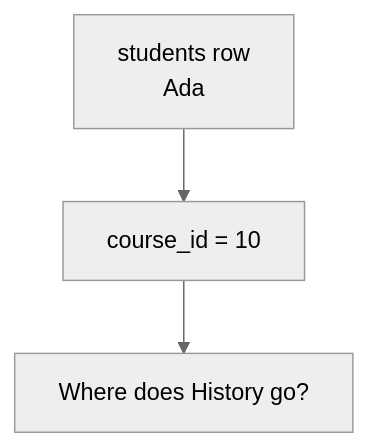
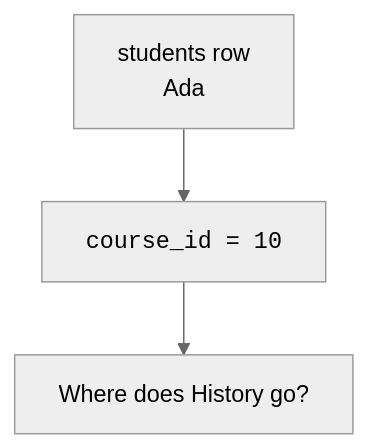
One commit to dataslope/dataslope changed the third of 7 diagrams in content/learn/database-design-postgresql/many-to-many.mdx. Above: the diagram before and after it, drawn with Mermaid (neutral theme). The commit also changed other lines of this file and 153 other files, not shown here.

First line of the commit message:
Render code-only mermaid shapes in monospace; convert step sequences to Steps

````diff
--- a/content/learn/database-design-postgresql/many-to-many.mdx
+++ b/content/learn/database-design-postgresql/many-to-many.mdx
@@ -55,5 +55,5 @@
 ```mermaid
 flowchart TB
-    StudentRow["students row<br/>Ada"] --> OneSlot["course_id = 10"]
+    StudentRow["students row<br/>Ada"] --> OneSlot["<code>course_id = 10</code>"]
     OneSlot --> Problem["Where does History go?"]
 ```
````
